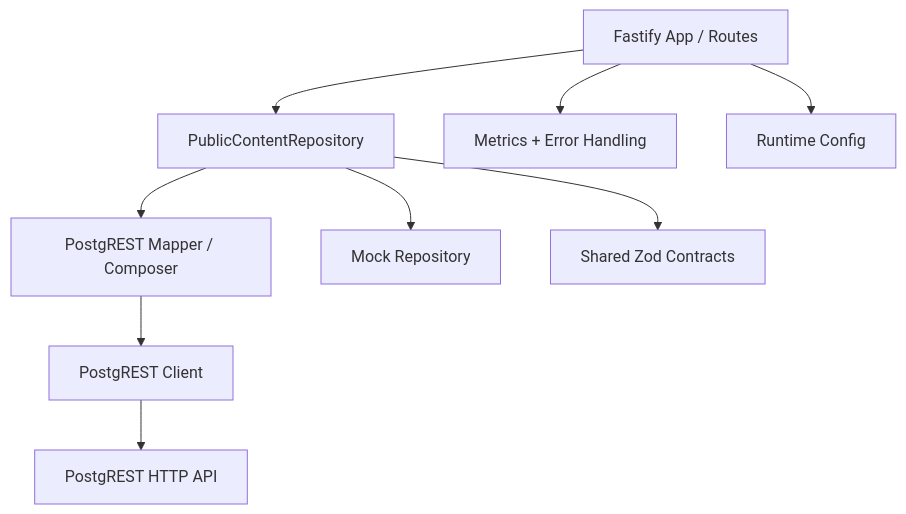
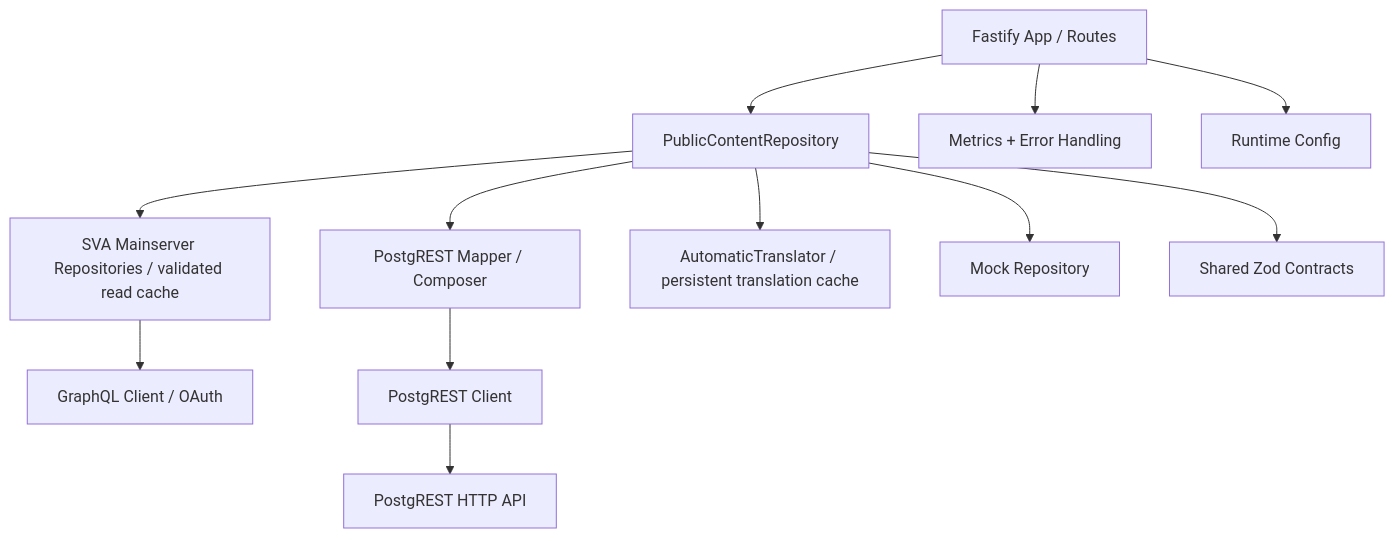
One commit to smart-village-solutions/guben-cockpit-old changed the third of 5 diagrams in docs/arc42.md. Above: the diagram before and after it, drawn with Mermaid. The commit also changed other lines of this file and 12 other files, not shown here.

Commit message:
docs: update architecture, content sources and release operations

````diff
--- a/docs/arc42.md
+++ b/docs/arc42.md
@@ -159,11 +167,14 @@
 ```mermaid
 flowchart TD
   HTTP["Fastify App / Routes"] --> Repo["PublicContentRepository"]
   HTTP --> Metrics["Metrics + Error Handling"]
   Repo --> Mapper["PostgREST Mapper / Composer"]
+  Repo --> SV["SVA Mainserver Repositories / validated read cache"]
+  SV --> GraphQL["GraphQL Client / OAuth"]
+  Repo --> Translator["AutomaticTranslator / persistent translation cache"]
   Repo --> Mock["Mock Repository"]
   Mapper --> PGClient["PostgREST Client"]
   PGClient --> PostgREST["PostgREST HTTP API"]
   HTTP --> Config["Runtime Config"]
   Repo --> Contracts["Shared Zod Contracts"]
 ```
````
